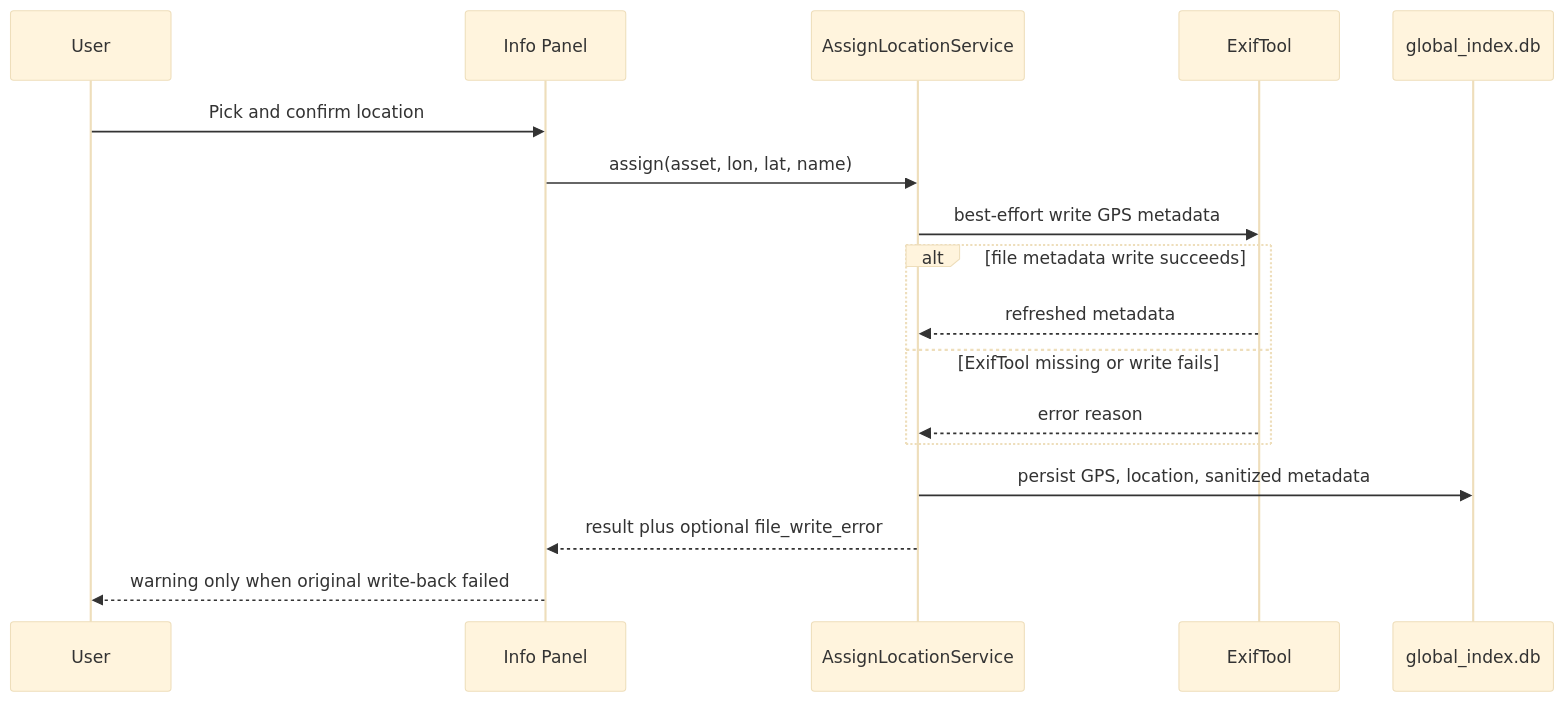
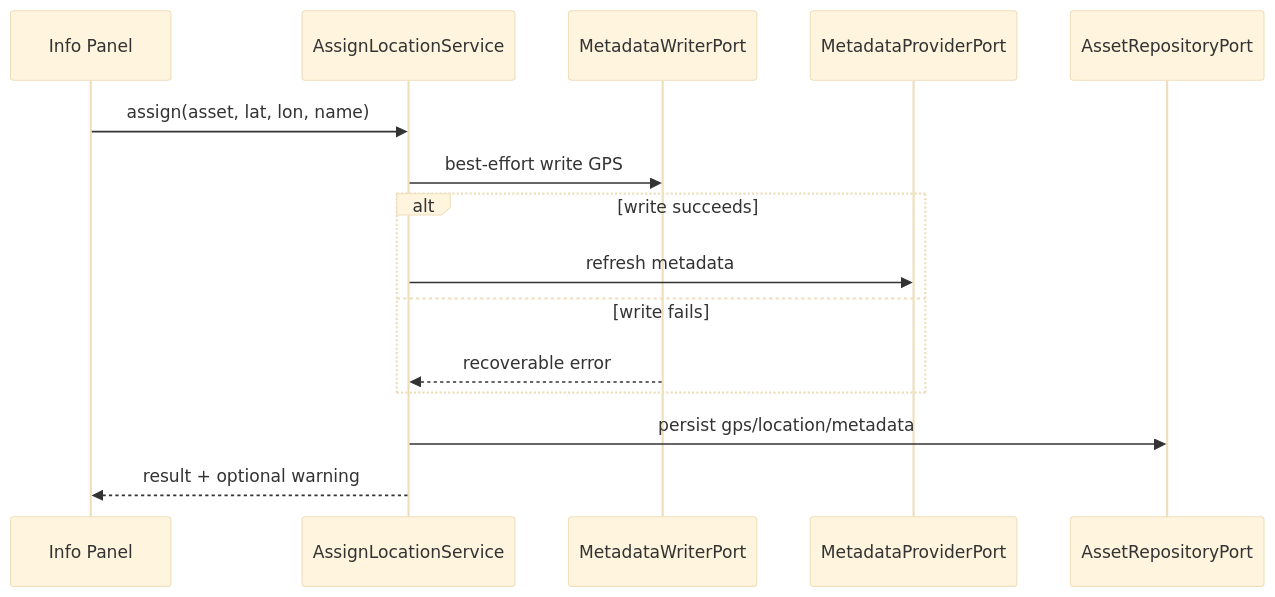
The fifth of 6 diagrams in docs/architecture.md (OliverZhaohaibin/iPhotron-LocalPhotoAlbumManager), drawn with Mermaid (base theme) before and after one commit. The commit also changed other lines of this file, not shown here.

Commit message:
docs: refresh architecture vNext plan

````diff
--- a/docs/architecture.md
+++ b/docs/architecture.md
@@ -251,20 +389,18 @@
 ```mermaid
 sequenceDiagram
-    participant User
-    participant Info as Info Panel
+    participant UI as Info Panel
     participant Service as AssignLocationService
-    participant Exif as ExifTool
-    participant DB as global_index.db
+    participant Writer as MetadataWriterPort
+    participant Reader as MetadataProviderPort
+    participant Repo as AssetRepositoryPort
 
-    User->>Info: Pick and confirm location
-    Info->>Service: assign(asset, lon, lat, name)
-    Service->>Exif: best-effort write GPS metadata
-    alt file metadata write succeeds
-        Exif-->>Service: refreshed metadata
-    else ExifTool missing or write fails
-        Exif-->>Service: error reason
+    UI->>Service: assign(asset, lat, lon, name)
+    Service->>Writer: best-effort write GPS
+    alt write succeeds
+        Service->>Reader: refresh metadata
+    else write fails
+        Writer-->>Service: recoverable error
     end
-    Service->>DB: persist GPS, location, sanitized metadata
-    Service-->>Info: result plus optional file_write_error
-    Info-->>User: warning only when original write-back failed
+    Service->>Repo: persist gps/location/metadata
+    Service-->>UI: result + optional warning
 ```
````
